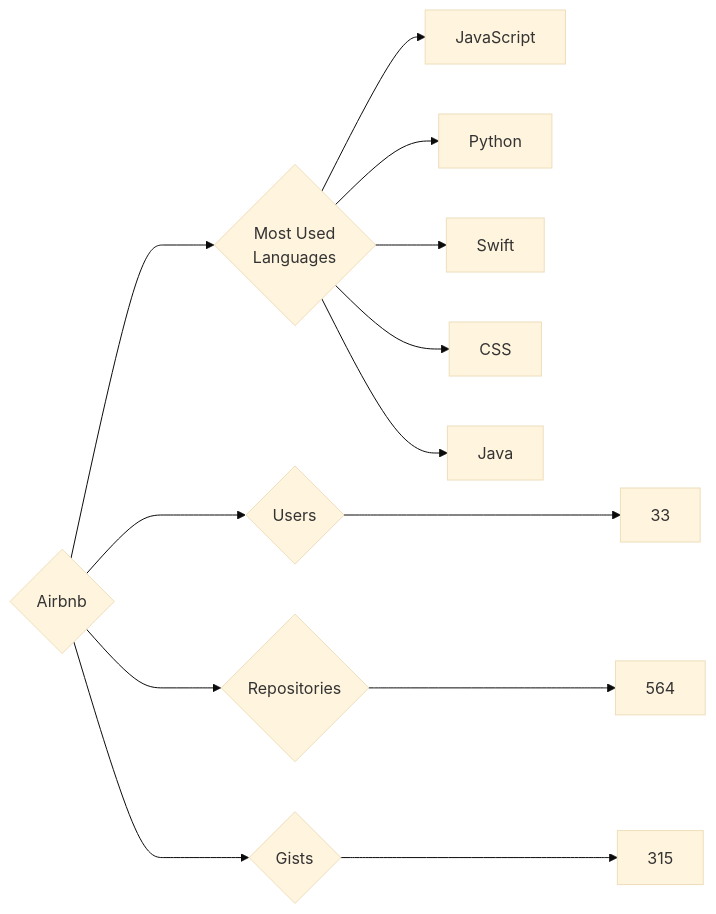
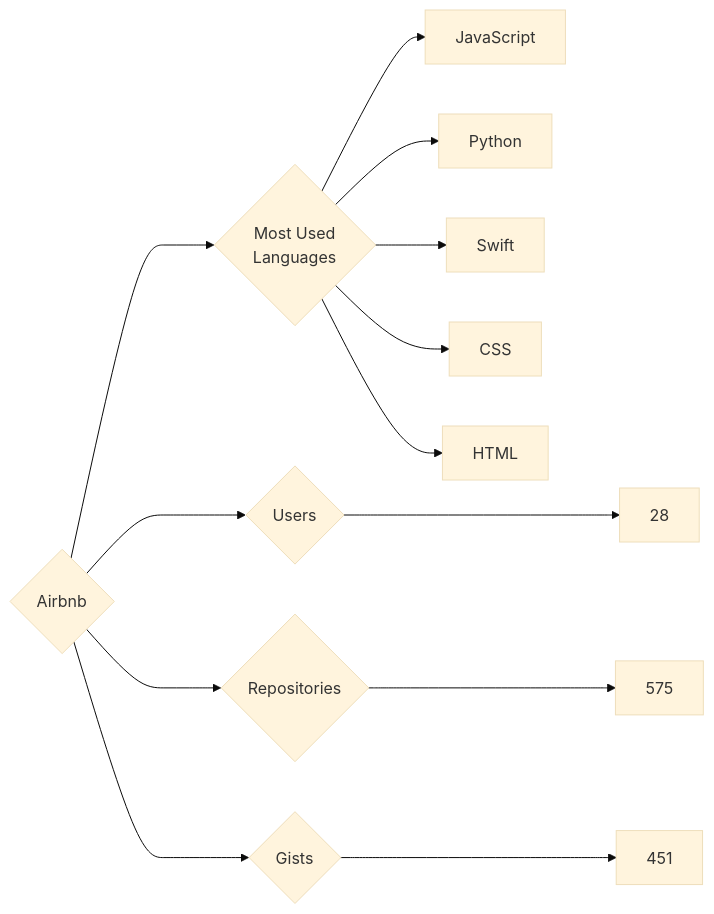
The diagram in targets/Airbnb/README.md (trickest/insiders), drawn with Mermaid (base theme) before and after one commit. The commit also changed 826 other files, not shown here.

````diff
--- a/targets/Airbnb/README.md
+++ b/targets/Airbnb/README.md
@@ -3,13 +3,13 @@
 ```mermaid
 graph LR
 COMPANY_NAME{Airbnb}
-COMPANY_NAME ---> U{Users} ---> UN[33]
-COMPANY_NAME ---> R{Repositories} ---> RN[564]
-COMPANY_NAME ---> G{Gists} ---> GN[315]
+COMPANY_NAME ---> U{Users} ---> UN[28]
+COMPANY_NAME ---> R{Repositories} ---> RN[575]
+COMPANY_NAME ---> G{Gists} ---> GN[451]
 COMPANY_NAME ---> ML{Most Used<br>Languages}
 ML --> JavaScript[JavaScript]
 ML --> Python[Python]
 ML --> Swift[Swift]
 ML --> CSS[CSS]
-ML --> Java[Java]
+ML --> HTML[HTML]
 ```
````
